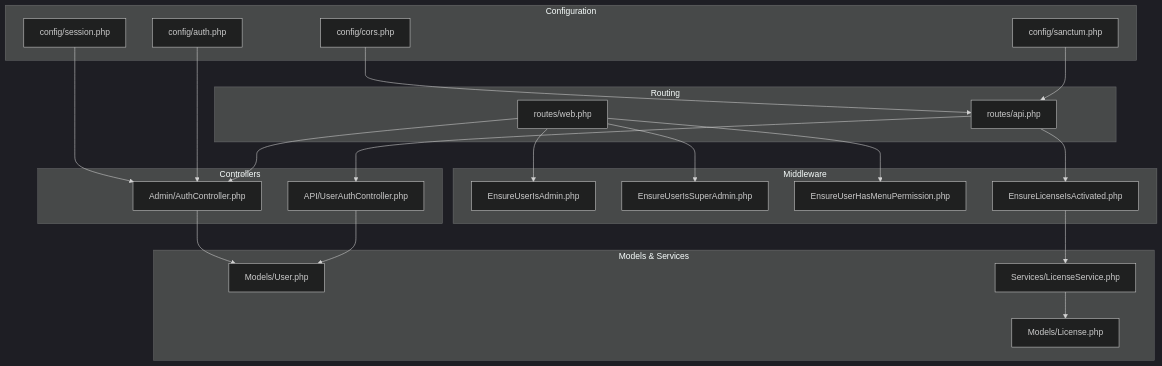
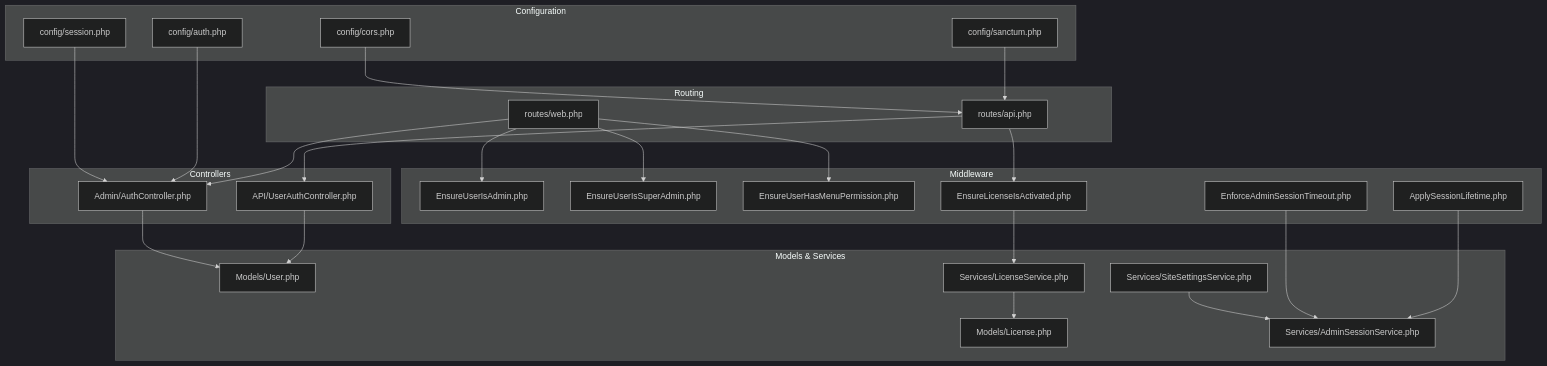
One commit to mahbub095/bus-app changed the first of 11 diagrams in .qoder/repowiki/en/content/Security Implementation/Security Implementation.md. Above: the diagram before and after it, drawn with Mermaid (dark theme). The commit also changed other lines of this file and 130 other files, not shown here.

````diff
--- a/.qoder/repowiki/en/content/Security Implementation/Security Implementation.md
+++ b/.qoder/repowiki/en/content/Security Implementation/Security Implementation.md
@@ -45,42 +64,49 @@
 ```mermaid
 graph TB
 subgraph "Configuration"
 C1["config/sanctum.php"]
 C2["config/auth.php"]
 C3["config/session.php"]
 C4["config/cors.php"]
 end
 subgraph "Routing"
 R1["routes/api.php"]
 R2["routes/web.php"]
 end
 subgraph "Controllers"
 K1["API/UserAuthController.php"]
 K2["Admin/AuthController.php"]
 end
 subgraph "Middleware"
 M1["EnsureUserIsAdmin.php"]
 M2["EnsureUserIsSuperAdmin.php"]
 M3["EnsureUserHasMenuPermission.php"]
 M4["EnsureLicenseIsActivated.php"]
+M5["ApplySessionLifetime.php"]
+M6["EnforceAdminSessionTimeout.php"]
 end
 subgraph "Models & Services"
 U1["Models/User.php"]
 L1["Models/License.php"]
 S1["Services/LicenseService.php"]
+S2["Services/AdminSessionService.php"]
+S3["Services/SiteSettingsService.php"]
 end
 R1 --> K1
 R2 --> K2
 R1 --> M4
 R2 --> M1
 R2 --> M2
 R2 --> M3
 K1 --> U1
 K2 --> U1
 M4 --> S1
 S1 --> L1
 C1 --> R1
 C2 --> K2
 C3 --> K2
 C4 --> R1
+M5 --> S2
+M6 --> S2
+S3 --> S2
 ```
````
